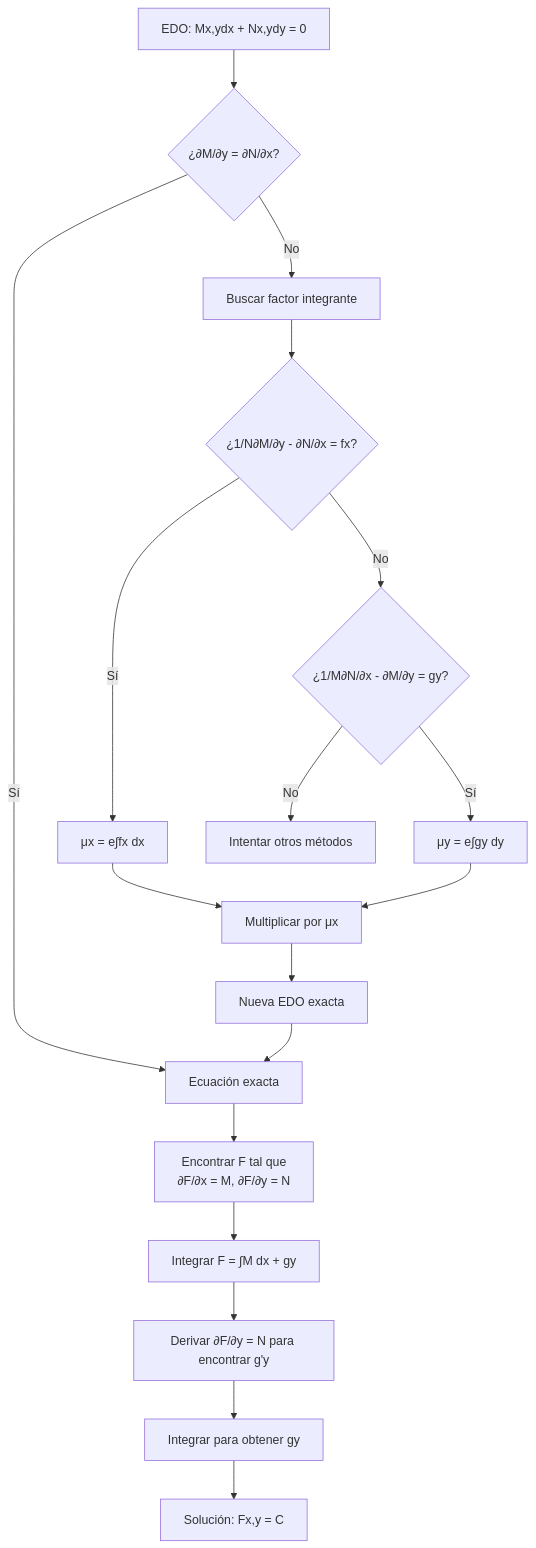
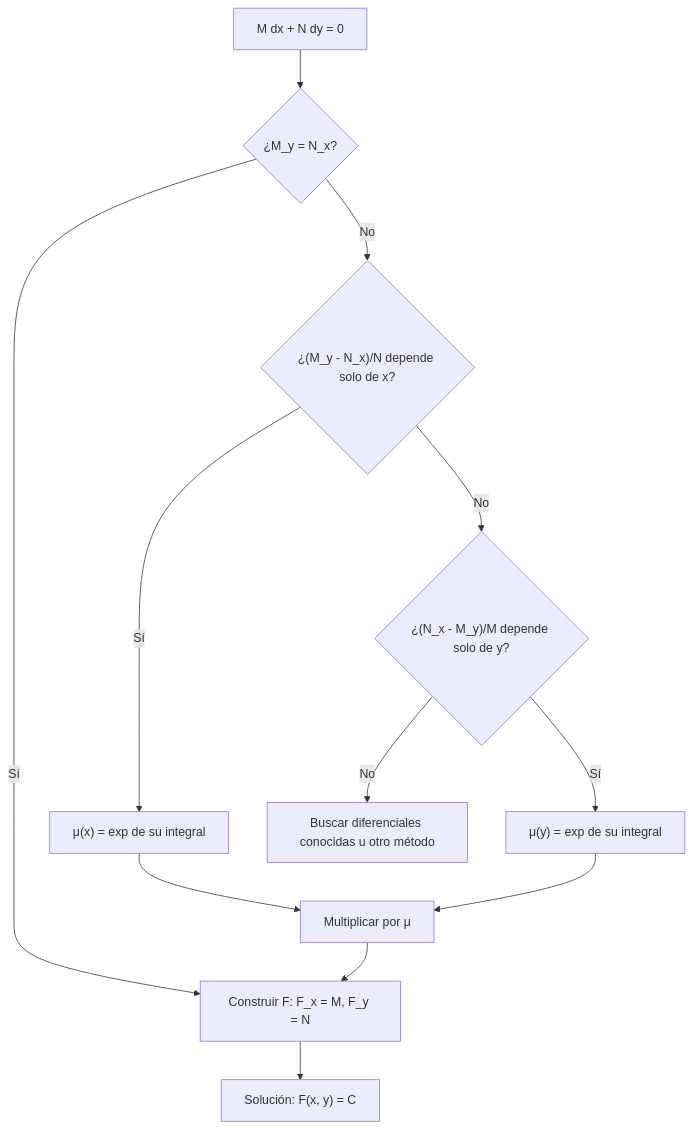
One commit to djaimej/computer-science-template changed the diagram in public/documents/semester-4/3/4314.md. Above: the diagram before and after it, drawn with Mermaid. The commit also changed other lines of this file and 3 other files, not shown here.

````diff
--- a/public/documents/semester-4/3/4314.md
+++ b/public/documents/semester-4/3/4314.md
@@ -128,23 +56,14 @@
 ```mermaid
 flowchart TD
-    A[EDO: Mx,ydx + Nx,ydy = 0] --> B{¿∂M/∂y = ∂N/∂x?}
-    B -- Sí --> C[Ecuación exacta]
-    B -- No --> D[Buscar factor integrante]
-
-    C --> E[Encontrar F tal que<br/>∂F/∂x = M, ∂F/∂y = N]
-    E --> F[Integrar F = ∫M dx + gy]
-    F --> G[Derivar ∂F/∂y = N para encontrar g'y]
-    G --> H[Integrar para obtener gy]
-    H --> I[Solución: Fx,y = C]
-
-    D --> J{¿1/N∂M/∂y - ∂N/∂x = fx?}
-    J -- Sí --> K[μx = e∫fx dx]
-    J -- No --> L{¿1/M∂N/∂x - ∂M/∂y = gy?}
-    L -- Sí --> M[μy = e∫gy dy]
-    L -- No --> N[Intentar otros métodos]
-
-    K --> O[Multiplicar por μx]
-    M --> O
-    O --> P[Nueva EDO exacta]
-    P --> C
+    A["M dx + N dy = 0"] --> B{"¿M_y = N_x?"}
+    B -->|Sí| C["Construir F: F_x = M, F_y = N"]
+    C --> D["Solución: F(x, y) = C"]
+    B -->|No| E{"¿(M_y - N_x)/N depende solo de x?"}
+    E -->|Sí| F["μ(x) = exp de su integral"]
+    E -->|No| G{"¿(N_x - M_y)/M depende solo de y?"}
+    G -->|Sí| H["μ(y) = exp de su integral"]
+    G -->|No| I["Buscar diferenciales conocidas u otro método"]
+    F --> J["Multiplicar por μ"]
+    H --> J
+    J --> C
 ```
````
